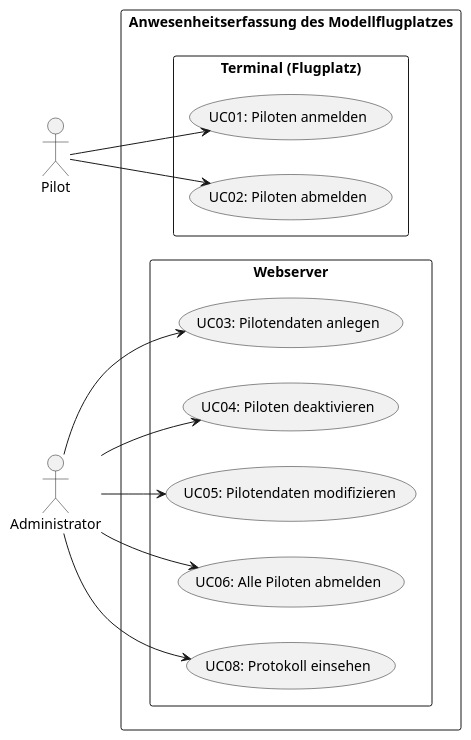
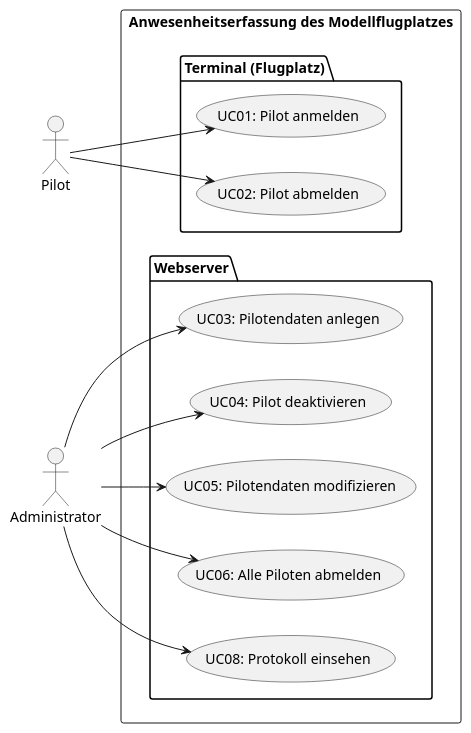
One commit to Lernni/E2-Anwesenheitserfassung-fuer-Modellflugplatz changed the diagram in docs/requirements/images/Use-Case-Diagramm/use_case_diagram_architecture_relevant.puml. Above: the diagram before and after it, drawn with PlantUML. The commit also changed 2 other files, not shown here.

Commit message:
#64 #62 Korrekturen Architecture-Notebook und UC-Model

```diff
--- a/docs/requirements/images/Use-Case-Diagramm/use_case_diagram_architecture_relevant.puml
+++ b/docs/requirements/images/Use-Case-Diagramm/use_case_diagram_architecture_relevant.puml
@@ -1,45 +1,45 @@
 @startuml use_case_diagram_architecture_relevant
 
 left to right direction
 
 actor Pilot
 
 actor Administrator
 
 rectangle "Anwesenheitserfassung des Modellflugplatzes" {
   
-  rectangle "Terminal (Flugplatz)"{
+  package "Terminal (Flugplatz)"{
 
-  (UC01: Piloten anmelden)
-  (UC02: Piloten abmelden)
+  (UC01: Pilot anmelden)
+  (UC02: Pilot abmelden)
 
   }
   
-  rectangle "Webserver"{
+  package "Webserver"{
   
   (UC03: Pilotendaten anlegen)
-  (UC04: Piloten deaktivieren)
+  (UC04: Pilot deaktivieren)
   (UC05: Pilotendaten modifizieren)
   (UC06: Alle Piloten abmelden)
   (UC08: Protokoll einsehen)
   
   }
 }
 
 
-Pilot --> (UC01: Piloten anmelden)
+Pilot --> (UC01: Pilot anmelden)
 
-Pilot --> (UC02: Piloten abmelden)
+Pilot --> (UC02: Pilot abmelden)
 
 
 Administrator --> (UC03: Pilotendaten anlegen) 
 
-Administrator --> (UC04: Piloten deaktivieren) 
+Administrator --> (UC04: Pilot deaktivieren) 
 
 Administrator --> (UC05: Pilotendaten modifizieren) 
 
 Administrator --> (UC08: Protokoll einsehen) 
 
 Administrator --> (UC06: Alle Piloten abmelden)
 
 @enduml
```
